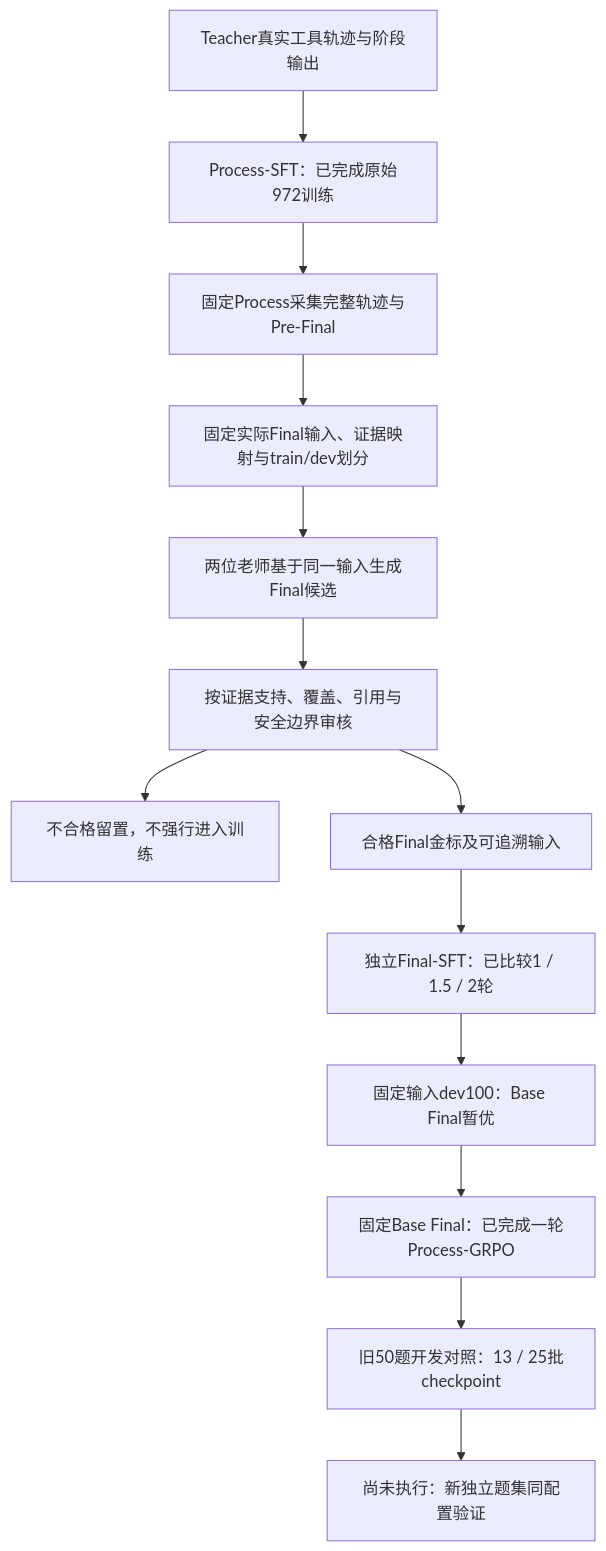
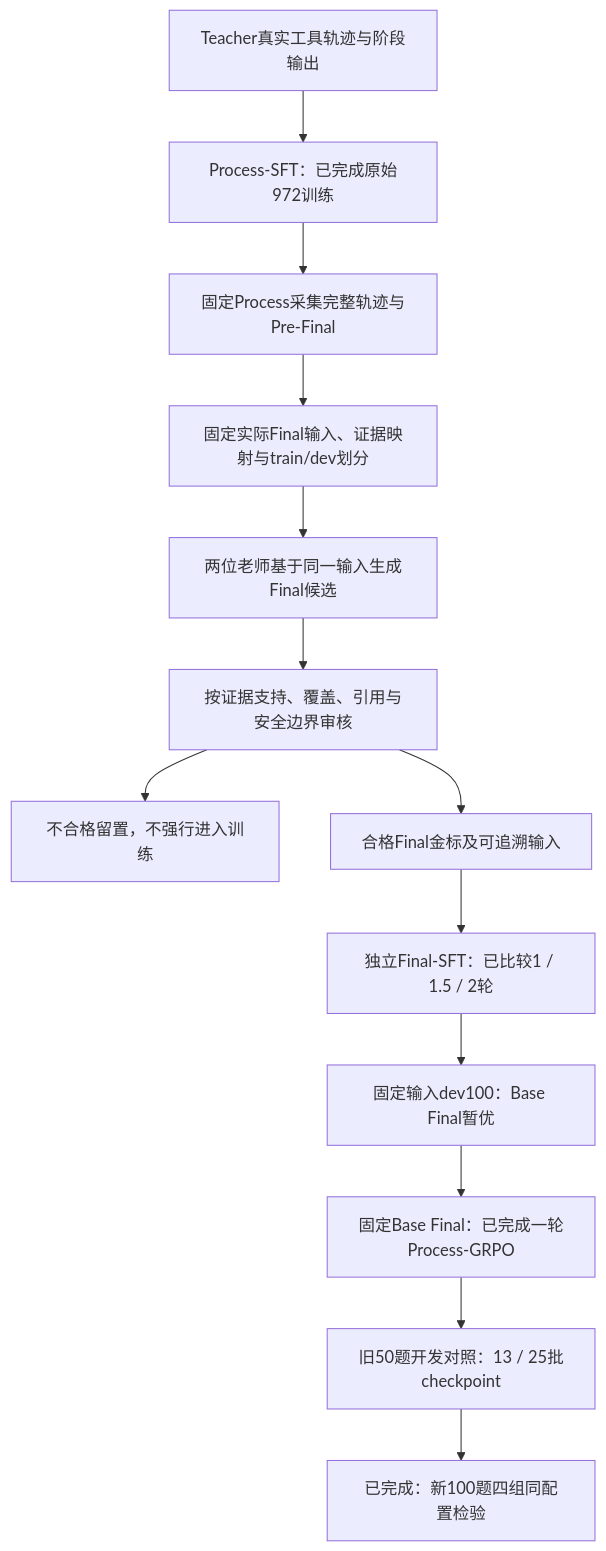
One commit to MaSunKing/medical-research-agent-grpo changed the second of 3 diagrams in README.md. Above: the diagram before and after it, drawn with Mermaid. The commit also changed other lines of this file and 282 other files, not shown here.

````diff
--- a/README.md
+++ b/README.md
@@ -100,15 +100,15 @@
 ```mermaid
 flowchart TB
     Teacher[Teacher真实工具轨迹与阶段输出] --> PSFT[Process-SFT：已完成原始972训练]
     PSFT --> Gather[固定Process采集完整轨迹与Pre-Final]
     Gather --> Freeze[固定实际Final输入、证据映射与train/dev划分]
     Freeze --> Candidates[两位老师基于同一输入生成Final候选]
     Candidates --> Review[按证据支持、覆盖、引用与安全边界审核]
     Review --> Hold[不合格留置，不强行进入训练]
     Review --> Gold[合格Final金标及可追溯输入]
     Gold --> FSFT[独立Final-SFT：已比较1 / 1.5 / 2轮]
     FSFT --> Compare[固定输入dev100：Base Final暂优]
     Compare --> RL[固定Base Final：已完成一轮Process-GRPO]
     RL --> Development[旧50题开发对照：13 / 25批checkpoint]
-    Development --> Independent[尚未执行：新独立题集同配置验证]
+    Development --> Independent[已完成：新100题四组同配置检验]
 ```
````
